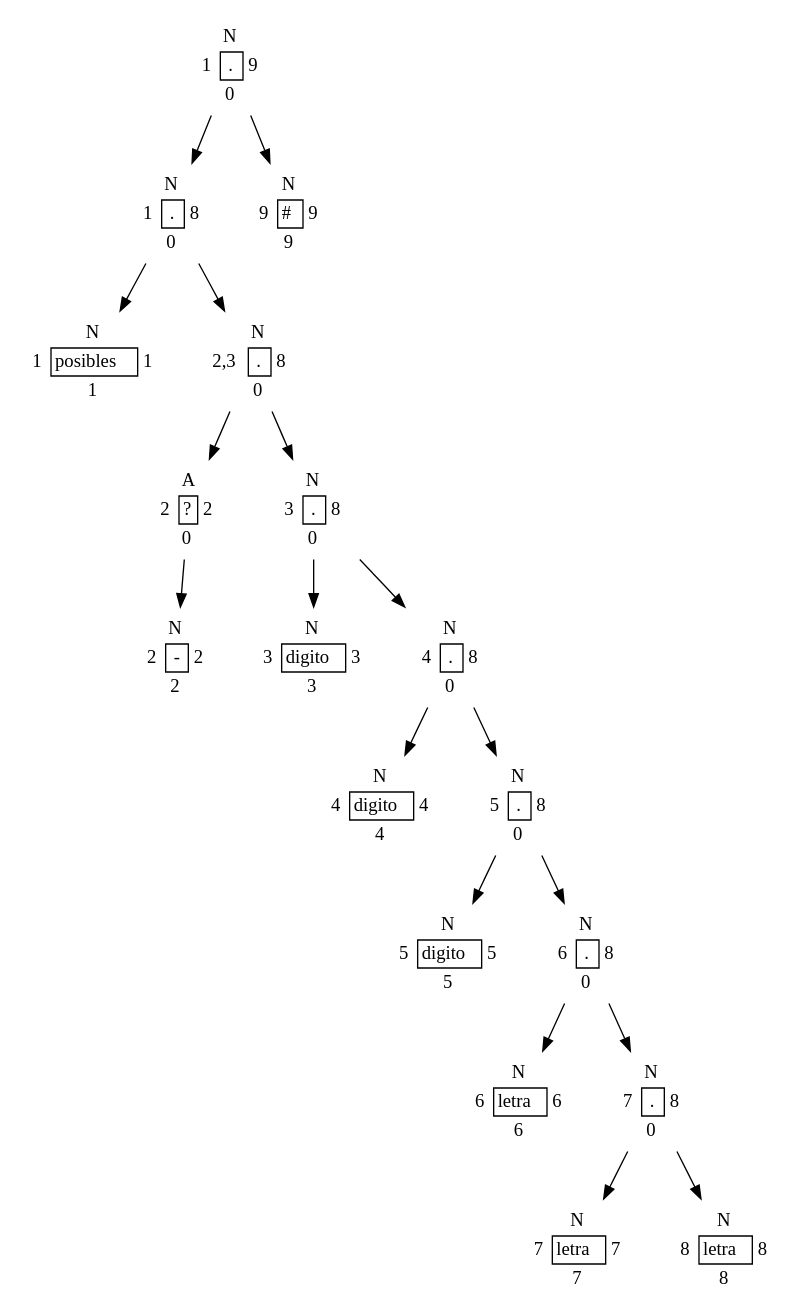
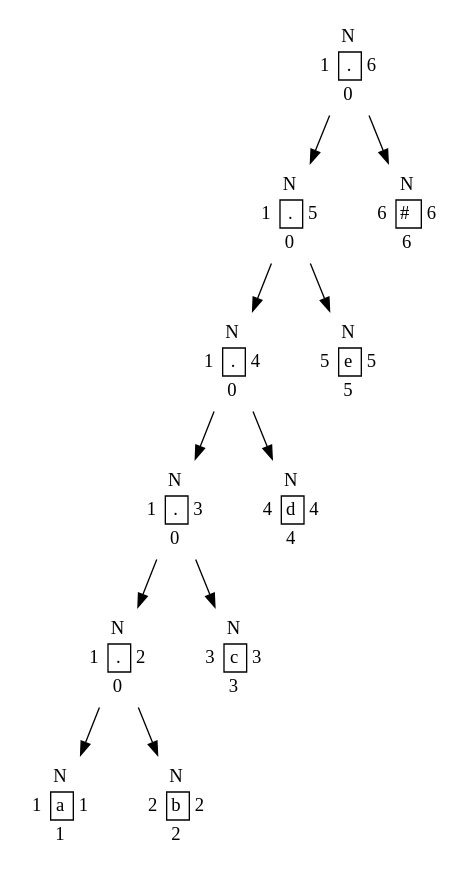
The diagram in [OLC1]201903872_Proyecto1/ARBOLES_201903872/P1.dot (AaronGMG2000/-OLC1-Proyecto1), drawn with Graphviz before and after one commit. The commit also changed 75 other files, not shown here.

```diff
--- a/[OLC1]201903872_Proyecto1/ARBOLES_201903872/P1.dot
+++ b/[OLC1]201903872_Proyecto1/ARBOLES_201903872/P1.dot
@@ -11,7 +11,7 @@
 <tr>
 <td>1</td>
 <td border='1'>.</td>
-<td>9</td></tr>
+<td>6</td></tr>
 <tr>
 <td></td>
 <td>0</td>
@@ -27,7 +27,7 @@
 <tr>
 <td>1</td>
 <td border='1'>.</td>
-<td>8</td></tr>
+<td>5</td></tr>
 <tr>
 <td></td>
 <td>0</td>
@@ -42,11 +42,27 @@
 </tr>
 <tr>
 <td>1</td>
-<td border='1'>posibles</td>
-<td>1</td></tr>
+<td border='1'>.</td>
+<td>4</td></tr>
 <tr>
 <td></td>
+<td>0</td>
+<td></td>
+</tr>
+</table>>];
+nodo4 [label = <<table border = '0' cellboder = '1' CELLSPACIONG='0'>
+<tr>
+<td></td>
+<td>N</td>
+<td></td>
+</tr>
+<tr>
 <td>1</td>
+<td border='1'>.</td>
+<td>3</td></tr>
+<tr>
+<td></td>
+<td>0</td>
 <td></td>
 </tr>
 </table>>];
@@ -57,9 +73,9 @@
 <td></td>
 </tr>
 <tr>
-<td>2,3</td>
+<td>1</td>
 <td border='1'>.</td>
-<td>8</td></tr>
+<td>2</td></tr>
 <tr>
 <td></td>
 <td>0</td>
@@ -69,20 +85,20 @@
 nodo6 [label = <<table border = '0' cellboder = '1' CELLSPACIONG='0'>
 <tr>
 <td></td>
-<td>A</td>
+<td>N</td>
 <td></td>
 </tr>
 <tr>
-<td>2</td>
-<td border='1'>?</td>
-<td>2</td></tr>
+<td>1</td>
+<td border='1'>a</td>
+<td>1</td></tr>
 <tr>
 <td></td>
-<td>0</td>
+<td>1</td>
 <td></td>
 </tr>
 </table>>];
-nodo7 [label = <<table border = '0' cellboder = '1' CELLSPACIONG='0'>
+nodo8 [label = <<table border = '0' cellboder = '1' CELLSPACIONG='0'>
 <tr>
 <td></td>
 <td>N</td>
@@ -90,7 +106,7 @@
 </tr>
 <tr>
 <td>2</td>
-<td border='1'>-</td>
+<td border='1'>b</td>
 <td>2</td></tr>
 <tr>
 <td></td>
@@ -98,23 +114,8 @@
 <td></td>
 </tr>
 </table>>];
-nodo6->nodo7
-nodo10 [label = <<table border = '0' cellboder = '1' CELLSPACIONG='0'>
-<tr>
-<td></td>
-<td>N</td>
-<td></td>
-</tr>
-<tr>
-<td>3</td>
-<td border='1'>.</td>
-<td>8</td></tr>
-<tr>
-<td></td>
-<td>0</td>
-<td></td>
-</tr>
-</table>>];
+nodo5->nodo6
+nodo5->nodo8
 nodo11 [label = <<table border = '0' cellboder = '1' CELLSPACIONG='0'>
 <tr>
 <td></td>
@@ -123,7 +124,7 @@
 </tr>
 <tr>
 <td>3</td>
-<td border='1'>digito</td>
+<td border='1'>c</td>
 <td>3</td></tr>
 <tr>
 <td></td>
@@ -131,22 +132,8 @@
 <td></td>
 </tr>
 </table>>];
-nodo13 [label = <<table border = '0' cellboder = '1' CELLSPACIONG='0'>
-<tr>
-<td></td>
-<td>N</td>
-<td></td>
-</tr>
-<tr>
-<td>4</td>
-<td border='1'>.</td>
-<td>8</td></tr>
-<tr>
-<td></td>
-<td>0</td>
-<td></td>
-</tr>
-</table>>];
+nodo4->nodo5
+nodo4->nodo11
 nodo14 [label = <<table border = '0' cellboder = '1' CELLSPACIONG='0'>
 <tr>
 <td></td>
@@ -155,7 +142,7 @@
 </tr>
 <tr>
 <td>4</td>
-<td border='1'>digito</td>
+<td border='1'>d</td>
 <td>4</td></tr>
 <tr>
 <td></td>
@@ -163,22 +150,8 @@
 <td></td>
 </tr>
 </table>>];
-nodo16 [label = <<table border = '0' cellboder = '1' CELLSPACIONG='0'>
-<tr>
-<td></td>
-<td>N</td>
-<td></td>
-</tr>
-<tr>
-<td>5</td>
-<td border='1'>.</td>
-<td>8</td></tr>
-<tr>
-<td></td>
-<td>0</td>
-<td></td>
-</tr>
-</table>>];
+nodo3->nodo4
+nodo3->nodo14
 nodo17 [label = <<table border = '0' cellboder = '1' CELLSPACIONG='0'>
 <tr>
 <td></td>
@@ -187,7 +160,7 @@
 </tr>
 <tr>
 <td>5</td>
-<td border='1'>digito</td>
+<td border='1'>e</td>
 <td>5</td></tr>
 <tr>
 <td></td>
@@ -195,22 +168,8 @@
 <td></td>
 </tr>
 </table>>];
-nodo19 [label = <<table border = '0' cellboder = '1' CELLSPACIONG='0'>
-<tr>
-<td></td>
-<td>N</td>
-<td></td>
-</tr>
-<tr>
-<td>6</td>
-<td border='1'>.</td>
-<td>8</td></tr>
-<tr>
-<td></td>
-<td>0</td>
-<td></td>
-</tr>
-</table>>];
+nodo2->nodo3
+nodo2->nodo17
 nodo20 [label = <<table border = '0' cellboder = '1' CELLSPACIONG='0'>
 <tr>
 <td></td>
@@ -219,7 +178,7 @@
 </tr>
 <tr>
 <td>6</td>
-<td border='1'>letra</td>
+<td border='1'>#</td>
 <td>6</td></tr>
 <tr>
 <td></td>
@@ -227,85 +186,7 @@
 <td></td>
 </tr>
 </table>>];
-nodo22 [label = <<table border = '0' cellboder = '1' CELLSPACIONG='0'>
-<tr>
-<td></td>
-<td>N</td>
-<td></td>
-</tr>
-<tr>
-<td>7</td>
-<td border='1'>.</td>
-<td>8</td></tr>
-<tr>
-<td></td>
-<td>0</td>
-<td></td>
-</tr>
-</table>>];
-nodo23 [label = <<table border = '0' cellboder = '1' CELLSPACIONG='0'>
-<tr>
-<td></td>
-<td>N</td>
-<td></td>
-</tr>
-<tr>
-<td>7</td>
-<td border='1'>letra</td>
-<td>7</td></tr>
-<tr>
-<td></td>
-<td>7</td>
-<td></td>
-</tr>
-</table>>];
-nodo25 [label = <<table border = '0' cellboder = '1' CELLSPACIONG='0'>
-<tr>
-<td></td>
-<td>N</td>
-<td></td>
-</tr>
-<tr>
-<td>8</td>
-<td border='1'>letra</td>
-<td>8</td></tr>
-<tr>
-<td></td>
-<td>8</td>
-<td></td>
-</tr>
-</table>>];
-nodo22->nodo23
-nodo22->nodo25
-nodo19->nodo20
-nodo19->nodo22
-nodo16->nodo17
-nodo16->nodo19
-nodo13->nodo14
-nodo13->nodo16
-nodo10->nodo11
-nodo10->nodo13
-nodo5->nodo6
-nodo5->nodo10
-nodo2->nodo3
-nodo2->nodo5
-nodo34 [label = <<table border = '0' cellboder = '1' CELLSPACIONG='0'>
-<tr>
-<td></td>
-<td>N</td>
-<td></td>
-</tr>
-<tr>
-<td>9</td>
-<td border='1'>#</td>
-<td>9</td></tr>
-<tr>
-<td></td>
-<td>9</td>
-<td></td>
-</tr>
-</table>>];
 nodo1->nodo2
-nodo1->nodo34
+nodo1->nodo20
 
 }
```
